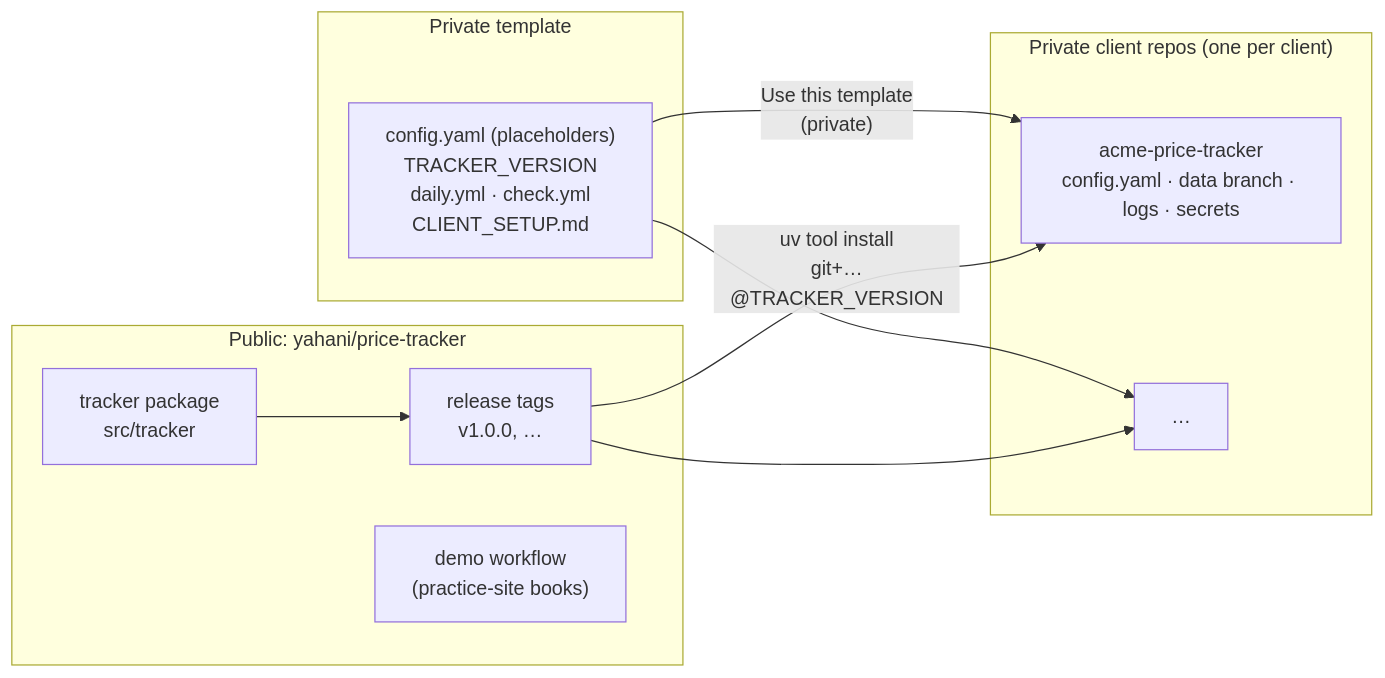
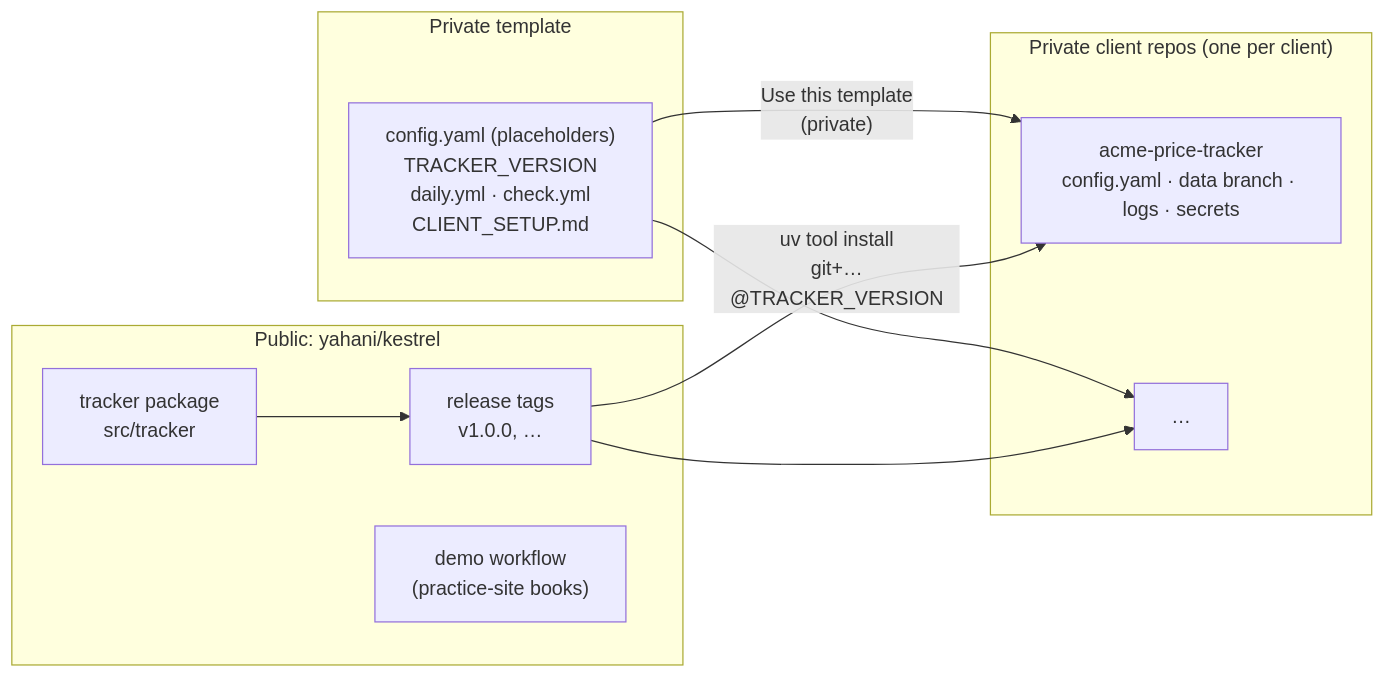
One commit to yahani/kestrel changed the tenth of 12 diagrams in ARCHITECTURE.md. Above: the diagram before and after it, drawn with Mermaid. The commit also changed other lines of this file and 2 other files, not shown here.

Commit message:
Point docs at the renamed GitHub repo yahani/kestrel

````diff
--- a/ARCHITECTURE.md
+++ b/ARCHITECTURE.md
@@ -432,20 +432,20 @@
 ```mermaid
 flowchart LR
-    subgraph public["Public: yahani/price-tracker"]
+    subgraph public["Public: yahani/kestrel"]
         code["tracker package<br/>src/tracker"]
         tags["release tags<br/>v1.0.0, …"]
         demo["demo workflow<br/>(practice-site books)"]
         code --> tags
     end
     subgraph template["Private template"]
         tpl["config.yaml (placeholders)<br/>TRACKER_VERSION<br/>daily.yml · check.yml<br/>CLIENT_SETUP.md"]
     end
     subgraph clients["Private client repos (one per client)"]
         c1["acme-price-tracker<br/>config.yaml · data branch · logs · secrets"]
         c2["…"]
     end
     tpl -- "Use this template<br/>(private)" --> c1
     tpl --> c2
     tags -- "uv tool install<br/>git+…@TRACKER_VERSION" --> c1
     tags --> c2
 ```
````
